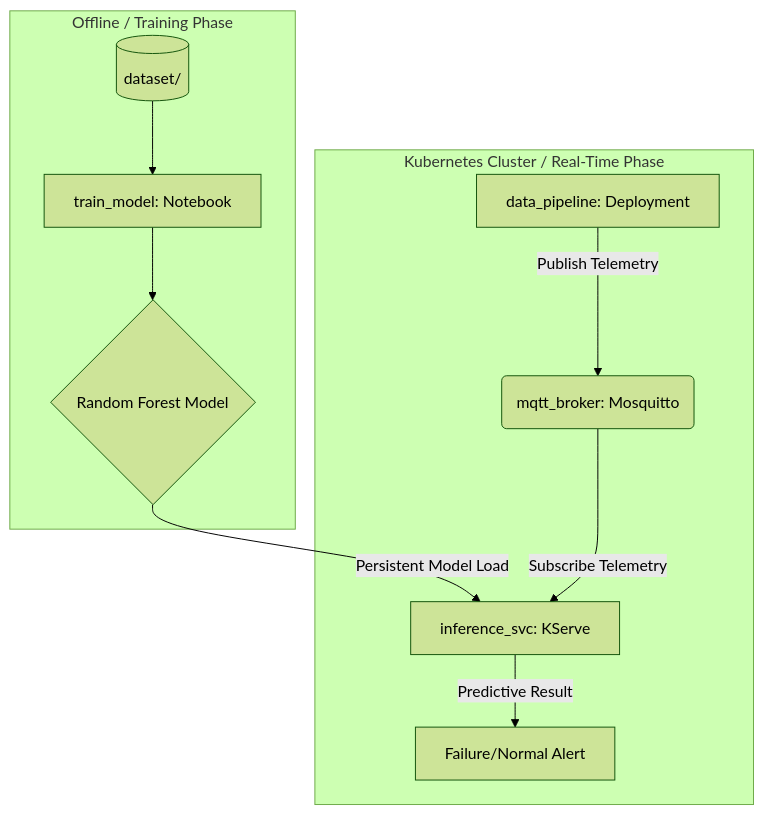
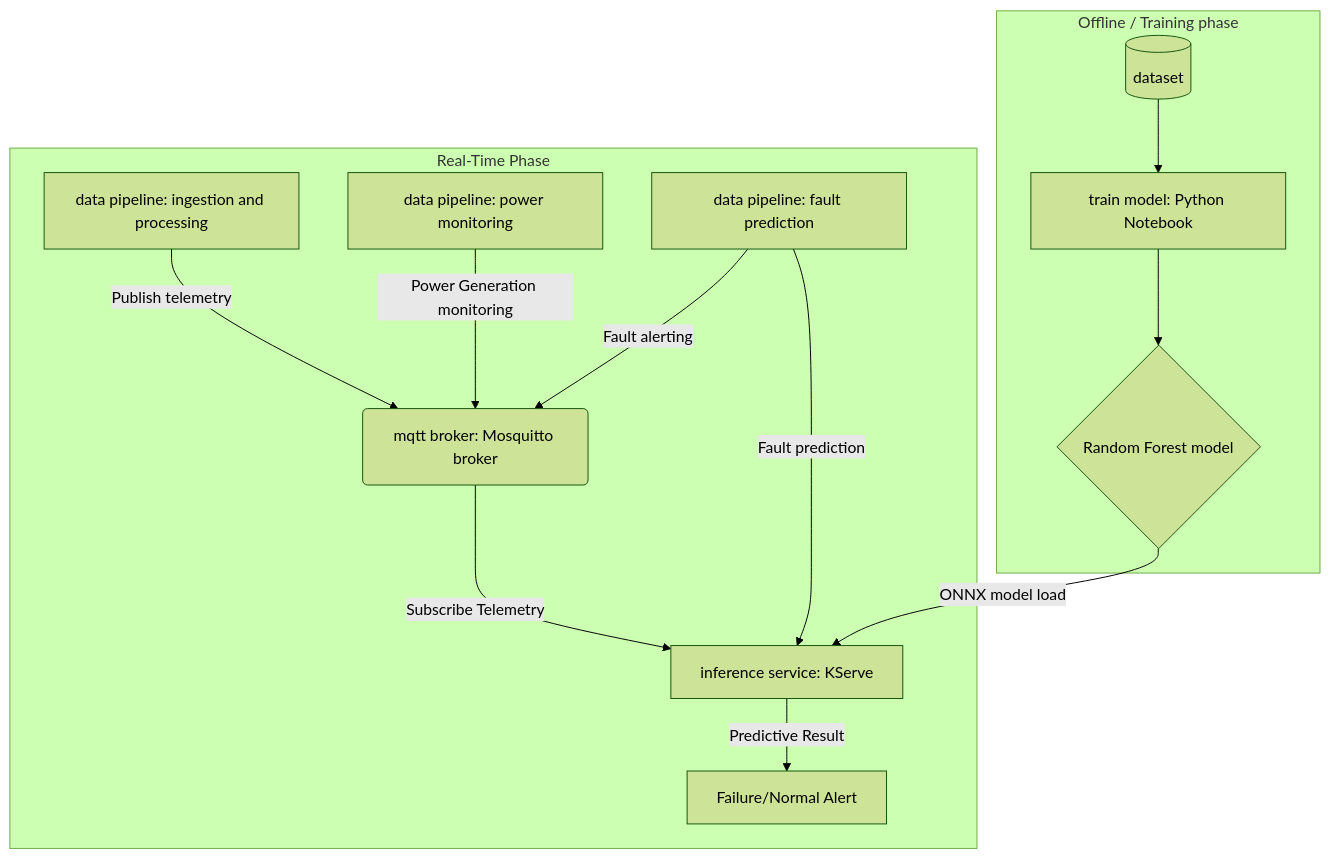
Before and after one commit to lucamaf/edge-windguard: the diagram in README.md, drawn with Mermaid (forest theme).

Commit message:
update graph

````diff
--- a/README.md
+++ b/README.md
@@ -14,14 +14,17 @@
 ```mermaid
 graph TD
-    subgraph "Offline / Training Phase"
-        A[(dataset/)] --> B[train_model: Notebook]
-        B --> C{Random Forest Model}
+    subgraph "Offline / Training phase"
+        A[(dataset)] --> B[train model: Python Notebook]
+        B --> C{Random Forest model}
     end
 
-    subgraph "Kubernetes Cluster / Real-Time Phase"
-        C -- "Persistent Model Load" --> D[inference_svc: KServe]
-        E[data_pipeline: Deployment] -- "Publish Telemetry" --> F(mqtt_broker: Mosquitto)
+    subgraph "Real-Time Phase"
+        C -- "ONNX model load" --> D[inference service: KServe]
+        E[data pipeline: ingestion and processing] -- "Publish telemetry" --> F(mqtt broker: Mosquitto broker)
+        H[data pipeline: power monitoring] -- "Power Generation monitoring" --> F(mqtt broker: Mosquitto broker)
+        I[data pipeline: fault prediction] -- "Fault prediction" --> D[inference service: KServe]
+        I[data pipeline: fault prediction] -- "Fault alerting" --> F(mqtt broker: Mosquitto broker)
         F -- "Subscribe Telemetry" --> D
         D -- "Predictive Result" --> G[Failure/Normal Alert]
     end
 ```
````
